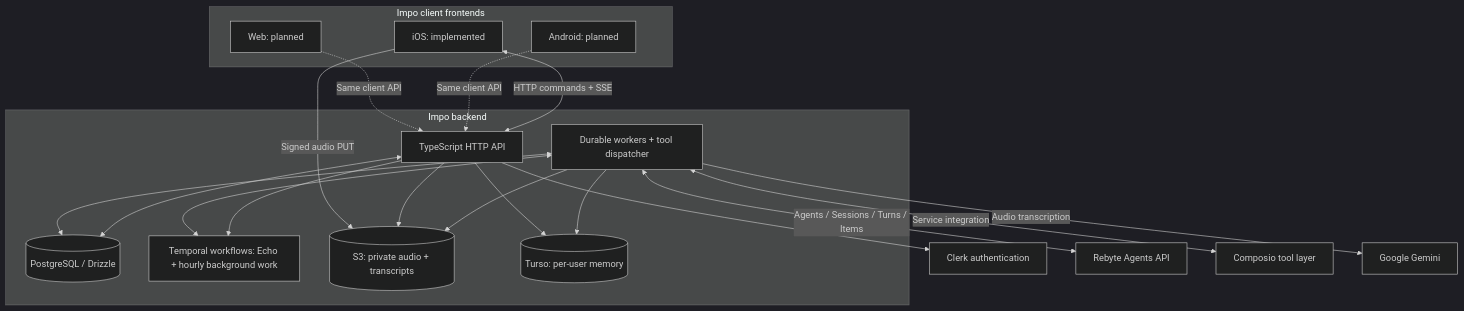
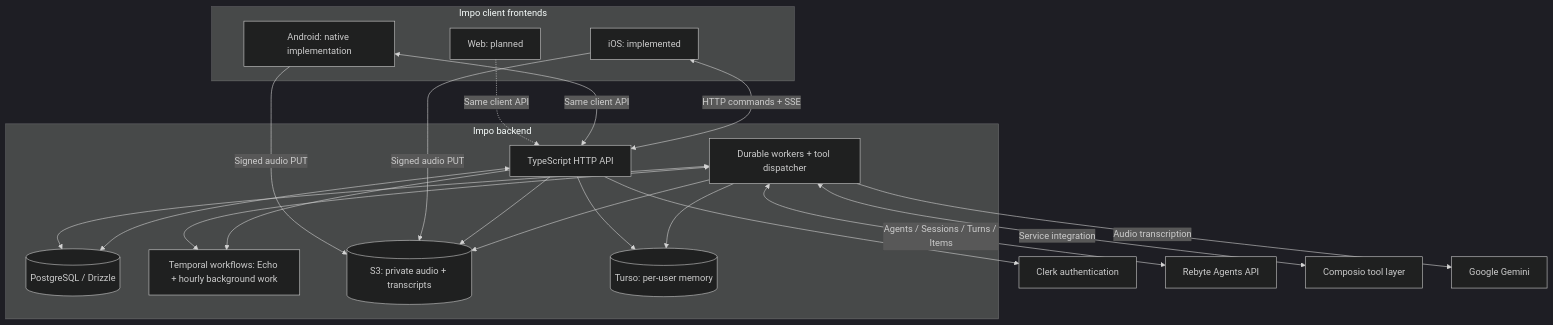
Before and after one commit to impoai/impo: the diagram in README.md, drawn with Mermaid (dark theme). The commit also changed other lines of this file and 135 other files, not shown here.

Commit message:
Ship Android client, account profiles, native connections and voice chat

````diff
--- a/README.md
+++ b/README.md
@@ -71,32 +72,33 @@
 ```mermaid
 flowchart TB
     subgraph Clients["Impo client frontends"]
         App["iOS: implemented"]
-        Android["Android: planned"]
+        Android["Android: native implementation"]
         Web["Web: planned"]
     end
     subgraph Backend["Impo backend"]
         API["TypeScript HTTP API"]
         DB[("PostgreSQL / Drizzle")]
         Worker["Durable workers + tool dispatcher"]
         Temporal["Temporal workflows: Echo + hourly background work"]
         S3[("S3: private audio + transcripts")]
         Turso[("Turso: per-user memory")]
         Worker --> S3
         Worker --> Turso
         API --> S3
         API --> Turso
         API <--> DB
         Worker <--> DB
         API --> Temporal
         Worker <--> Temporal
     end
     App <-->|"HTTP commands + SSE"| API
     App -->|"Signed audio PUT"| S3
-    Android -.->|"Same client API"| API
+    Android <-->|"Same client API"| API
+    Android -->|"Signed audio PUT"| S3
     Web -.->|"Same client API"| API
     API --> Clerk["Clerk authentication"]
     Worker <-->|"Agents / Sessions / Turns / Items"| Rebyte["Rebyte Agents API"]
     Worker <-->|"Service integration"| Composio["Composio tool layer"]
     Worker -->|"Audio transcription"| Gemini["Google Gemini"]
 ```
````
